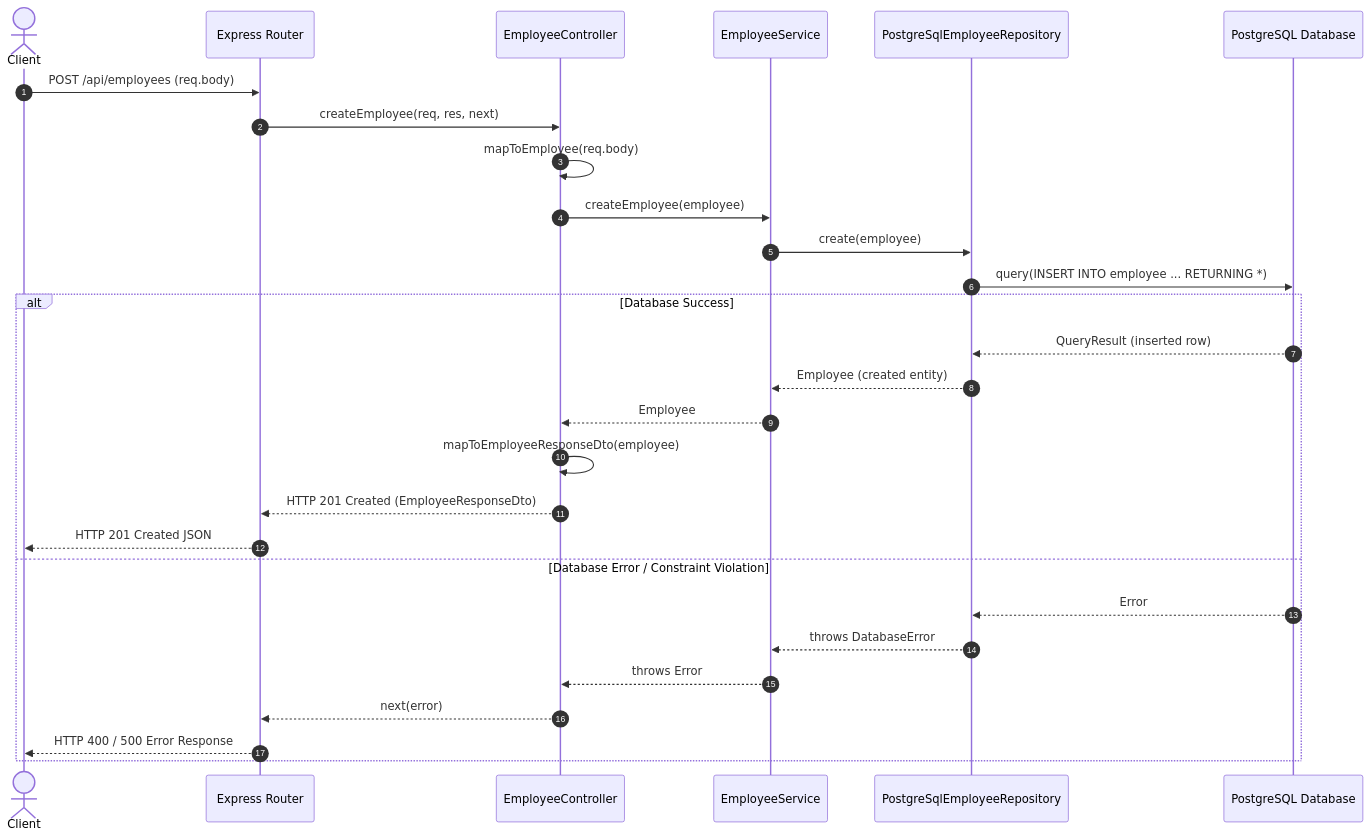
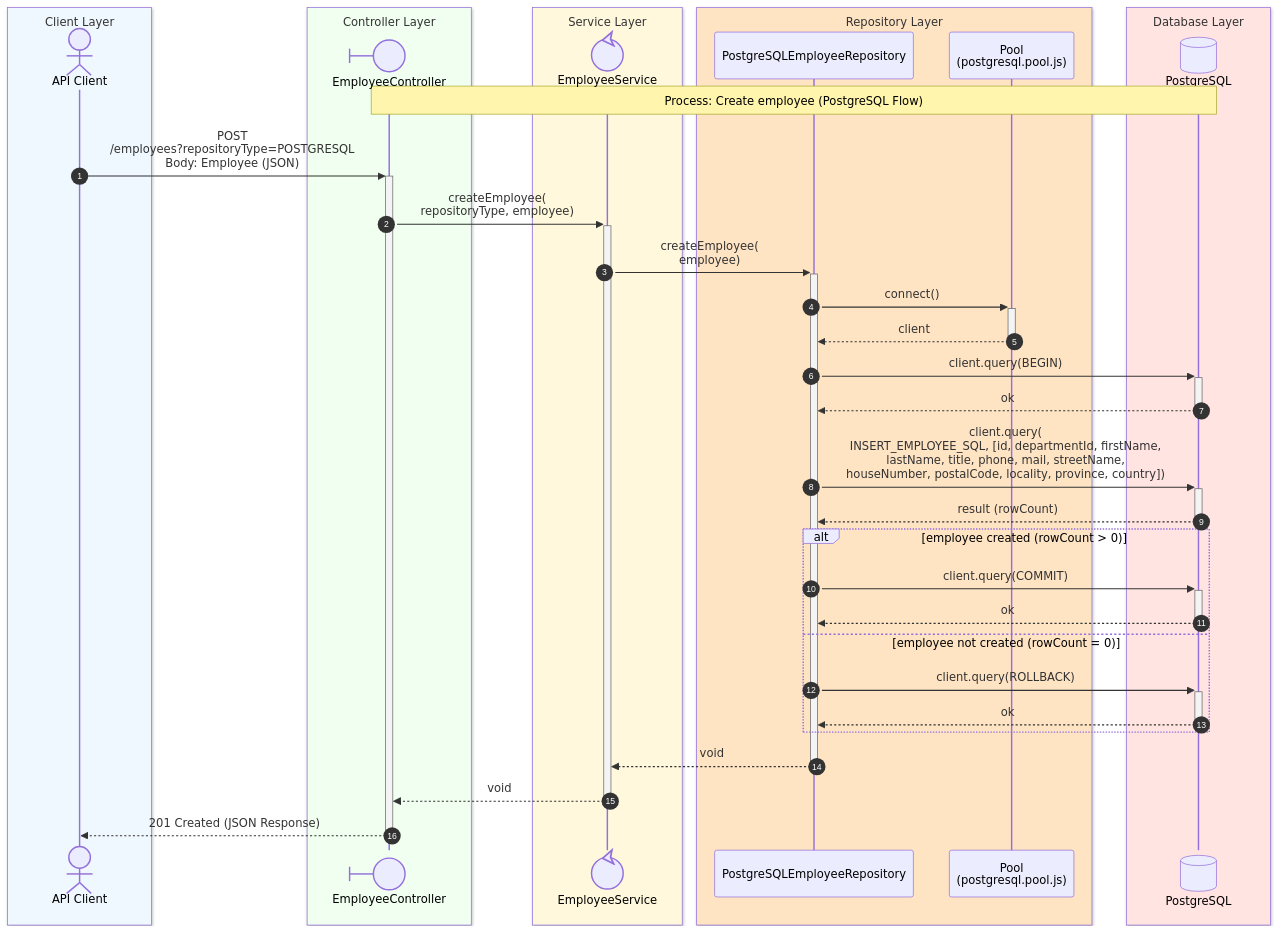
Before and after one commit to k1729p/Study28: the diagram in docs/mermaid/sequenceDiagramCreateEmployee.md, drawn with Mermaid. The commit also changed other lines of this file and 4 other files, not shown here.

````diff
--- a/docs/mermaid/sequenceDiagramCreateEmployee.md
+++ b/docs/mermaid/sequenceDiagramCreateEmployee.md
@@ -3,34 +3,46 @@
 ```mermaid
 sequenceDiagram
-    autonumber
-    actor Client
-    participant Express as Express Router
-    participant Controller as EmployeeController
-    participant Service as EmployeeService
-    participant Repo as PostgreSqlEmployeeRepository
-    participant DB as PostgreSQL Database
+box aliceblue Client Layer
+  participant API_CLI@{ "type": "actor" } as API Client
+end
+box honeydew Controller Layer
+  participant CTRL@{ "type": "boundary" } as EmployeeController
+end
+box cornsilk Service Layer
+  participant SERV@{ "type": "control" } as EmployeeService
+end
+box bisque Repository Layer
+  participant REPO as PostgreSQLEmployeeRepository
+  participant POOL as Pool<br>(postgresql.pool.js)
+end
+box mistyrose Database Layer
+  participant PSQL@{ "type" : "database" } as PostgreSQL
+end
 
-    Client->>Express: POST /api/employees (req.body)
-    Express->>Controller: createEmployee(req, res, next)
-    Controller->>Controller: mapToEmployee(req.body)
-    
-    Controller->>Service: createEmployee(employee)
-    
-    Service->>Repo: create(employee)
-    Repo->>DB: query(INSERT INTO employee ... RETURNING *)
-    
-    alt Database Success
-        DB-->>Repo: QueryResult (inserted row)
-        Repo-->>Service: Employee (created entity)
-        Service-->>Controller: Employee
-        Controller->>Controller: mapToEmployeeResponseDto(employee)
-        Controller-->>Express: HTTP 201 Created (EmployeeResponseDto)
-        Express-->>Client: HTTP 201 Created JSON
-    else Database Error / Constraint Violation
-        DB-->>Repo: Error
-        Repo-->>Service: throws DatabaseError
-        Service-->>Controller: throws Error
-        Controller-->>Express: next(error)
-        Express-->>Client: HTTP 400 / 500 Error Response
-    end
+autonumber 1
+Note over CTRL, PSQL: Process: Create employee (PostgreSQL Flow)
+
+API_CLI ->>+ CTRL: POST<br>/employees?repositoryType=POSTGRESQL<br>Body: Employee (JSON)
+
+CTRL ->>+ SERV: createEmployee(<br>repositoryType, employee)
+SERV ->>+ REPO: createEmployee(<br>employee)
+REPO ->>+ POOL: connect()
+POOL -->>- REPO: client
+REPO ->>+ PSQL: client.query(BEGIN)
+PSQL -->>- REPO: ok
+REPO ->>+ PSQL: client.query(<br>INSERT_EMPLOYEE_SQL, [id, departmentId, firstName,<br>lastName, title, phone, mail, streetName,<br>houseNumber, postalCode, locality, province, country])
+PSQL -->>- REPO: result (rowCount)
+
+alt employee created (rowCount > 0)
+    REPO ->>+ PSQL: client.query(COMMIT)
+    PSQL -->>- REPO: ok
+else employee not created (rowCount = 0)
+    REPO ->>+ PSQL: client.query(ROLLBACK)
+    PSQL -->>- REPO: ok
+end
+
+REPO -->>- SERV: void
+SERV -->>- CTRL: void
+CTRL -->> API_CLI: 201 Created (JSON Response)
+deactivate CTRL
 ```
````
